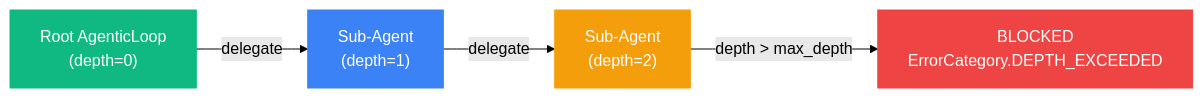
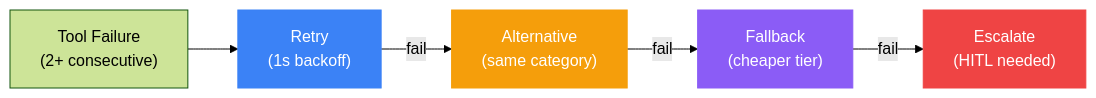
Before and after one commit to mangowhoiscloud/geode: the fourth of 11 diagrams in README.md, drawn with Mermaid (forest theme). The commit also changed other lines of this file, not shown here.

````diff
--- a/README.md
+++ b/README.md
@@ -363,11 +207,12 @@
 ```mermaid
 graph LR
-    Root["Root AgenticLoop<br/>(depth=0)"] -->|delegate| D1["Sub-Agent<br/>(depth=1)"]
-    D1 -->|delegate| D2["Sub-Agent<br/>(depth=2)"]
-    D2 -->|"depth > max_depth"| Block["BLOCKED<br/>ErrorCategory.DEPTH_EXCEEDED"]
+    Fail["Tool Failure<br/>(2+ consecutive)"] --> R["Retry<br/>(1s backoff)"]
+    R -->|fail| A["Alternative<br/>(same category)"]
+    A -->|fail| F["Fallback<br/>(cheaper tier)"]
+    F -->|fail| E["Escalate<br/>(HITL needed)"]
 
-    style Root fill:#10b981,stroke:#10b981,color:#fff
-    style D1 fill:#3b82f6,stroke:#3b82f6,color:#fff
-    style D2 fill:#f59e0b,stroke:#f59e0b,color:#fff
-    style Block fill:#ef4444,stroke:#ef4444,color:#fff
+    style R fill:#3b82f6,stroke:#3b82f6,color:#fff
+    style A fill:#f59e0b,stroke:#f59e0b,color:#fff
+    style F fill:#8b5cf6,stroke:#8b5cf6,color:#fff
+    style E fill:#ef4444,stroke:#ef4444,color:#fff
 ```
````
